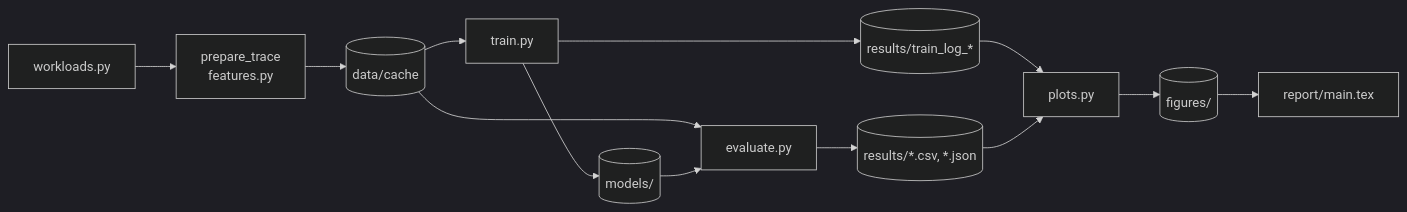
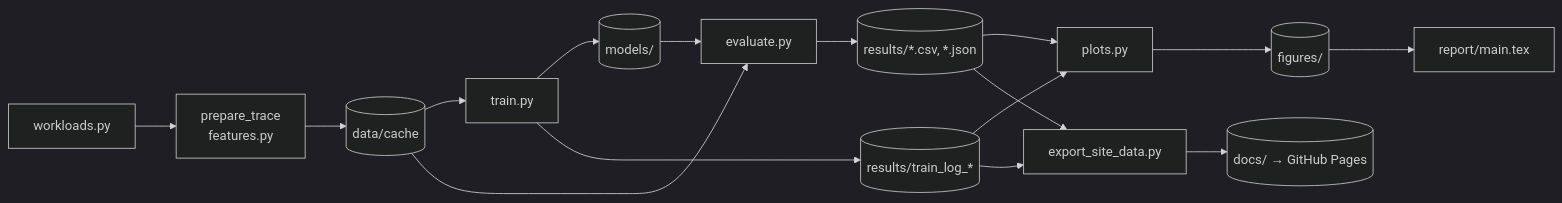
One commit to Damanish/adaptive_cache_replacement_rl changed the second of 2 diagrams in README.md. Above: the diagram before and after it, drawn with Mermaid (dark theme). The commit also changed other lines of this file and 10 other files, not shown here.

Commit message:
Add interactive results visualization for GitHub Pages

````diff
--- a/README.md
+++ b/README.md
@@ -149,12 +151,14 @@
 ```mermaid
 flowchart LR
     W[workloads.py] --> P[prepare_trace<br/>features.py]
     P --> K[(data/cache)]
     K --> TR[train.py] --> M[(models/)]
     TR --> L[(results/train_log_*)]
     K --> EV[evaluate.py]
     M --> EV --> R[(results/*.csv, *.json)]
     L --> PL[plots.py]
     R --> PL --> F[(figures/)]
     F --> REP[report/main.tex]
+    R --> EX[export_site_data.py] --> SITE[(docs/ → GitHub Pages)]
+    L --> EX
 ```
````
